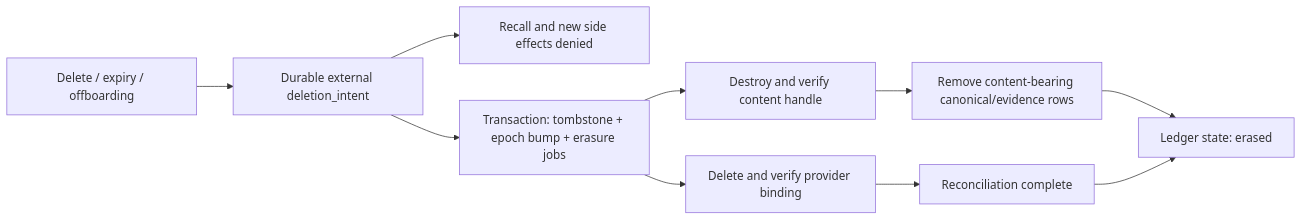
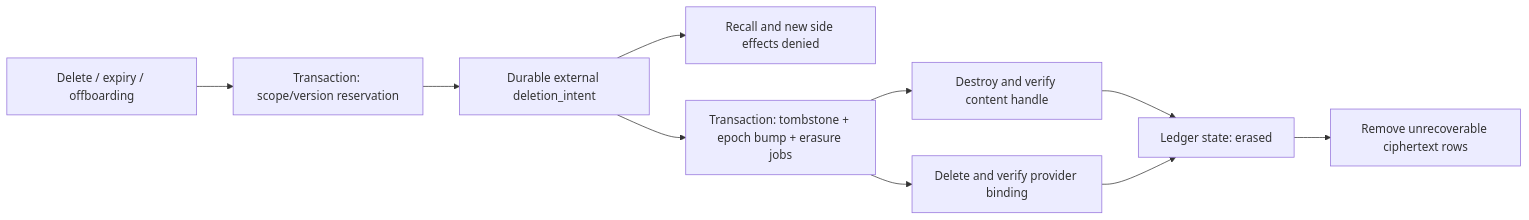
Before and after one commit to QwenLM/qwen-code: the fourth of 5 diagrams in docs/plans/2026-07-21-enterprise-multi-tenant-memory-gateway.md, drawn with Mermaid. The commit also changed other lines of this file and 34 other files, not shown here.

````diff
--- a/docs/plans/2026-07-21-enterprise-multi-tenant-memory-gateway.md
+++ b/docs/plans/2026-07-21-enterprise-multi-tenant-memory-gateway.md
@@ -261,12 +267,12 @@
 ```mermaid
 flowchart LR
-    D["Delete / expiry / offboarding"] --> I["Durable external deletion_intent"]
+    D["Delete / expiry / offboarding"] --> V["Transaction: scope/version reservation"]
+    V --> I["Durable external deletion_intent"]
     I --> R["Recall and new side effects denied"]
     I --> T["Transaction: tombstone + epoch bump + erasure jobs"]
     T --> K["Destroy and verify content handle"]
     T --> P["Delete and verify provider binding"]
-    K --> C["Remove content-bearing canonical/evidence rows"]
-    P --> L["Reconciliation complete"]
-    C --> E["Ledger state: erased"]
-    L --> E
+    K --> E["Ledger state: erased"]
+    P --> E
+    E --> C["Remove unrecoverable ciphertext rows"]
 ```
````
